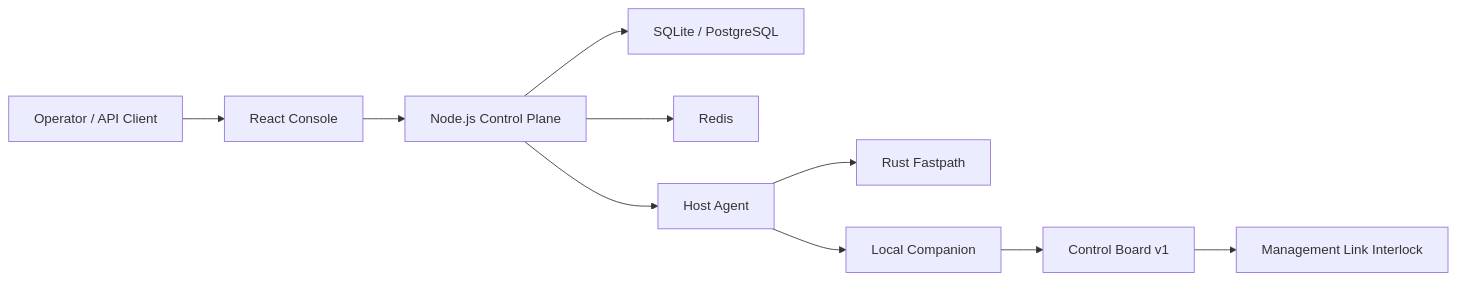
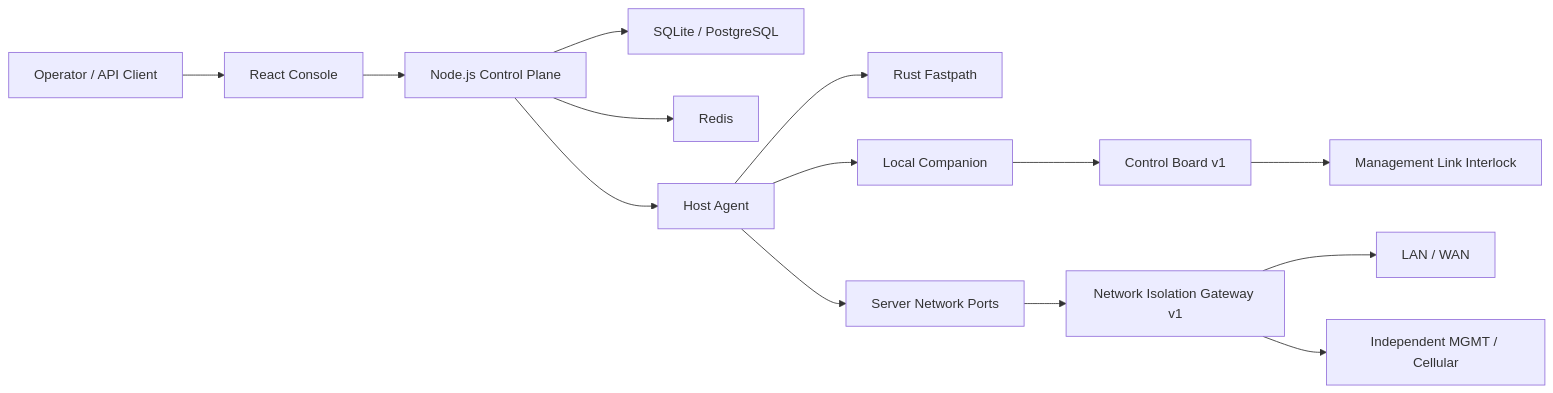
One commit to lizuyi-6/Networksafe changed the diagram in README.md. Above: the diagram before and after it, drawn with Mermaid. The commit also changed other lines of this file and 15 other files, not shown here.

````diff
--- a/README.md
+++ b/README.md
@@ -52,12 +52,16 @@
 ```mermaid
 flowchart LR
     User["Operator / API Client"] --> Frontend["React Console"]
     Frontend --> Backend["Node.js Control Plane"]
     Backend --> DB["SQLite / PostgreSQL"]
     Backend --> Redis["Redis"]
     Backend --> Agent["Host Agent"]
     Agent --> Fastpath["Rust Fastpath"]
     Agent --> Companion["Local Companion"]
     Companion --> Board["Control Board v1"]
     Board --> Interlock["Management Link Interlock"]
+    Agent --> ServerNIC["Server Network Ports"]
+    ServerNIC --> NIGW["Network Isolation Gateway v1"]
+    NIGW --> Network["LAN / WAN"]
+    NIGW --> Mgmt["Independent MGMT / Cellular"]
 ```
````
